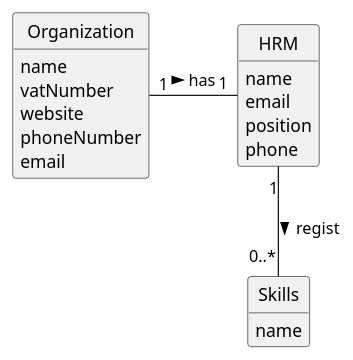
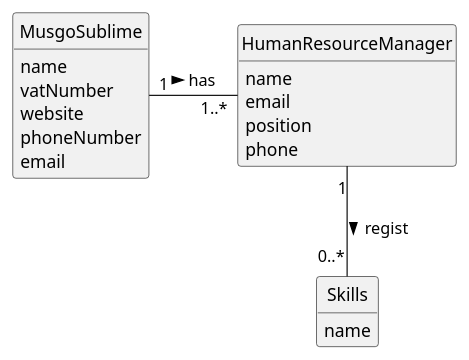
Before and after one commit to 1231360-ISEP/lei-24-s2-1db-g021: the diagram in docs/sprintA/us001/02.analysis/puml/us001-domain-model.puml, drawn with PlantUML. The commit also changed 1 other file, not shown here.

```diff
--- a/docs/sprintA/us001/02.analysis/puml/us001-domain-model.puml
+++ b/docs/sprintA/us001/02.analysis/puml/us001-domain-model.puml
@@ -1,34 +1,34 @@
 @startuml
 skinparam monochrome true
 skinparam packageStyle rectangle
 skinparam shadowing false
 
 skinparam classAttributeIconSize 0
 
 hide circle
 hide methods
 
-class Organization {
+class MusgoSublime {
     name
     vatNumber
     website
     phoneNumber
     email
 }
 
-class HRM {
+class HumanResourceManager {
     name
     email
     position
     phone
 }
 
 class Skills {
     name
 }
 
 
-Organization "1" - "1" HRM: has >
-HRM "1" -- "0..*" Skills : regist >
+MusgoSublime "1" - "1..*" HumanResourceManager: has >
+HumanResourceManager "1" -- "0..*" Skills : regist >
 
 @enduml
```
